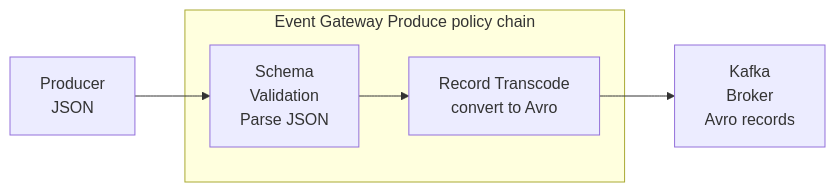
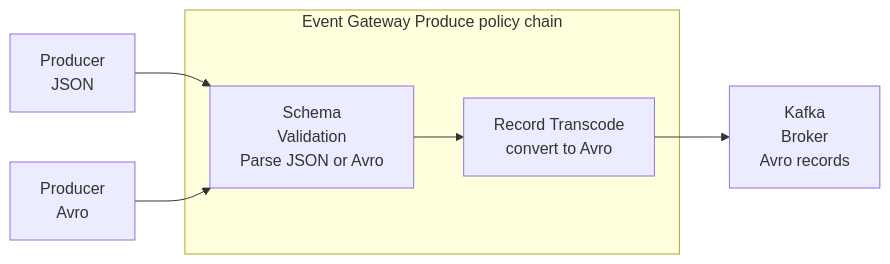
Before and after one commit to Kong/developer.konghq.com: the diagram in app/_how-tos/event-gateway/produce-kafka-records-as-avro-with-event-gateway.md, drawn with Mermaid. The commit also changed other lines of this file and 3 other files, not shown here.

Commit message:
docs(egw): add `schema_validation` `any`

```diff
--- a/app/_how-tos/event-gateway/produce-kafka-records-as-avro-with-event-gateway.md
+++ b/app/_how-tos/event-gateway/produce-kafka-records-as-avro-with-event-gateway.md
@@ -76,10 +76,11 @@
 {% mermaid %}
 flowchart LR
-    P[Producer<br/>JSON] --> SV
+    P1[Producer<br/>JSON] --> SV
+    P2[Producer<br/>Avro] --> SV
 
     subgraph produce [Event Gateway Produce policy chain]
-        SV[Schema <br>Validation<br/>Parse JSON] --> RT[Record Transcode<br/>convert to Avro]
+        SV[Schema <br>Validation<br/>Parse JSON or Avro] --> RT[Record Transcode<br/>convert to Avro]
     end
 
     RT --> K[Kafka <br>Broker<br/>Avro records]
 {% endmermaid %}
```
